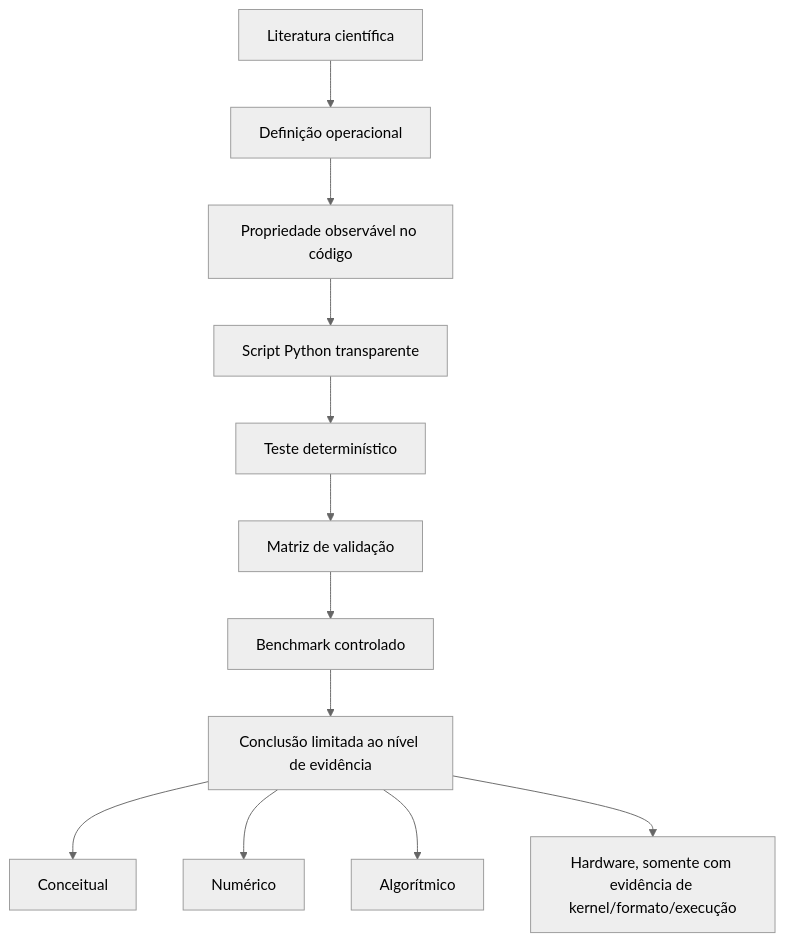
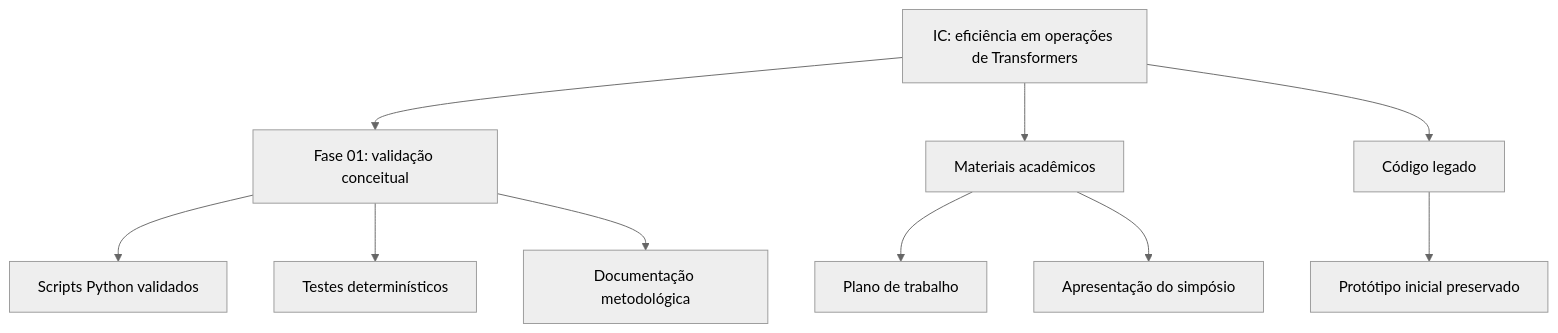
One commit to LucasCerqueiraGalvao/scientific-initiation changed the diagram in README.md. Above: the diagram before and after it, drawn with Mermaid (neutral theme). The commit also changed other lines of this file and 72 other files, not shown here.

````diff
--- a/README.md
+++ b/README.md
@@ -79,15 +96,15 @@
 ```mermaid
 flowchart TD
-    A["Literatura científica"] --> B["Definição operacional"]
-    B --> C["Propriedade observável no código"]
-    C --> D["Script Python transparente"]
-    D --> E["Teste determinístico"]
-    E --> F["Matriz de validação"]
-    F --> G["Benchmark controlado"]
-    G --> H["Conclusão limitada ao nível de evidência"]
+    A["IC: eficiência em operações de Transformers"] --> B["Fase 01: validação conceitual"]
+    A --> C["Materiais acadêmicos"]
+    A --> D["Código legado"]
 
-    H --> I["Conceitual"]
-    H --> J["Numérico"]
-    H --> K["Algorítmico"]
-    H --> L["Hardware, somente com evidência de kernel/formato/execução"]
+    B --> B1["Scripts Python validados"]
+    B --> B2["Testes determinísticos"]
+    B --> B3["Documentação metodológica"]
+
+    C --> C1["Plano de trabalho"]
+    C --> C2["Apresentação do simpósio"]
+
+    D --> D1["Protótipo inicial preservado"]
 ```
````
